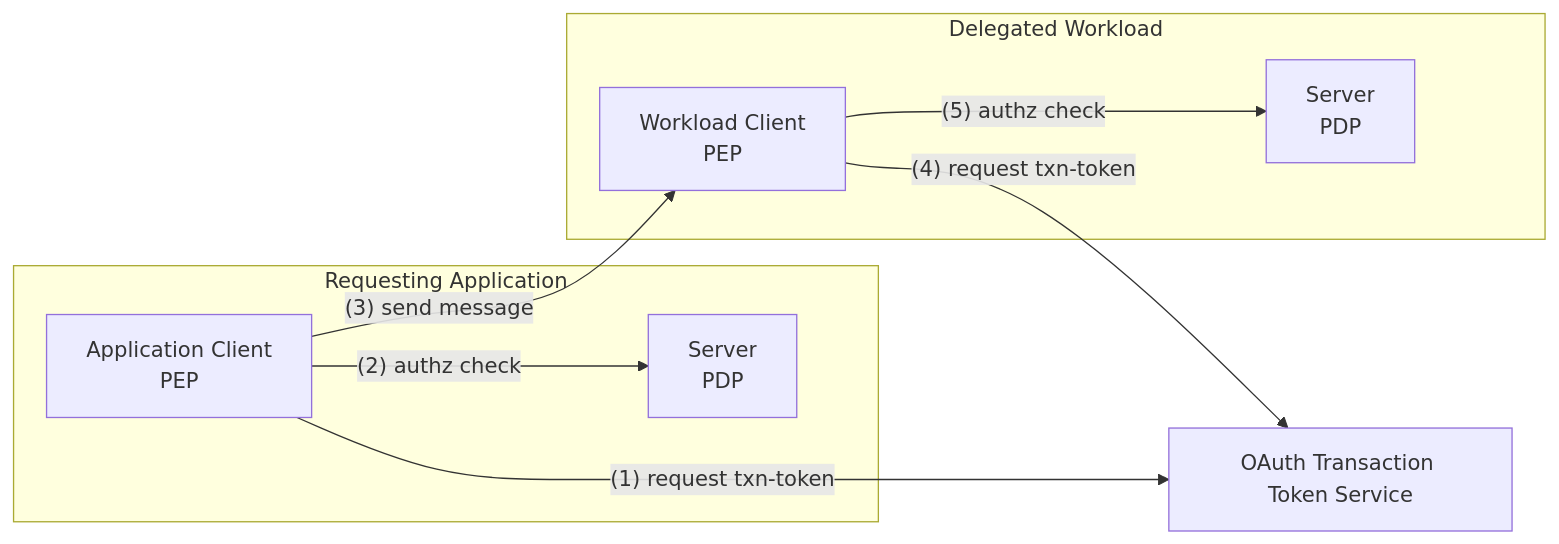
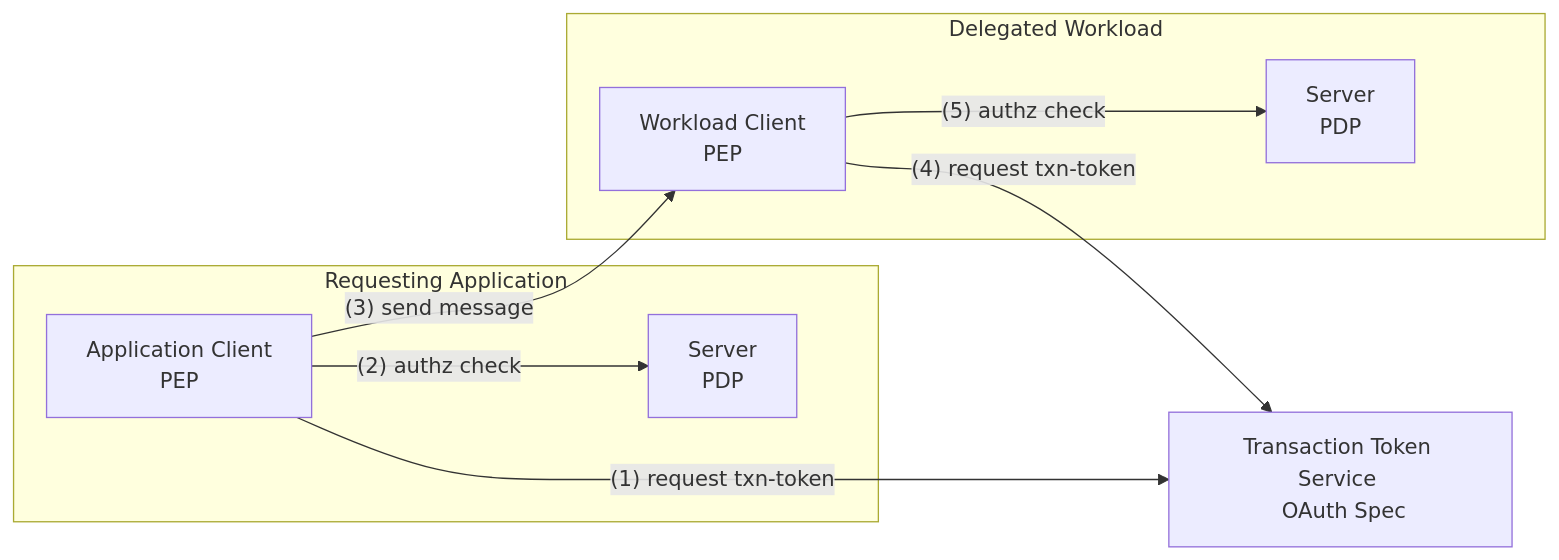
Before and after one commit to ztauthstar/ztauthstar: the second of 2 diagrams in content/openprotocolspec/2025-04-05/architecture/_index.md, drawn with Mermaid. The commit also changed other lines of this file, not shown here.

Commit message:
refactor: docs: working on ztauth spec

````diff
--- a/content/openprotocolspec/2025-04-05/architecture/_index.md
+++ b/content/openprotocolspec/2025-04-05/architecture/_index.md
@@ -82,20 +82,20 @@
 ```mermaid
 graph LR
     subgraph "Requesting Application"
         C1[Application Client <br> PEP]
         S1[Server <br> PDP]
         C1 -- (2) authz check --> S1
     end
 
-    OTT["OAuth Transaction Token Service"]
-    C1 -- (1) request txn-token --> OTT
-    C2 -- (4) request txn-token --> OTT
+    TTS["Transaction Token Service <br> OAuth Spec"]
+    C1 -- (1) request txn-token --> TTS
+    C2 -- (4) request txn-token --> TTS
 
     subgraph "Delegated Workload"
         C2[Workload Client <br> PEP]
         S2[Server <br> PDP]
         C2 -- (5) authz check --> S2
     end
 
     C1 -- (3) send message --> C2
 ```
````
